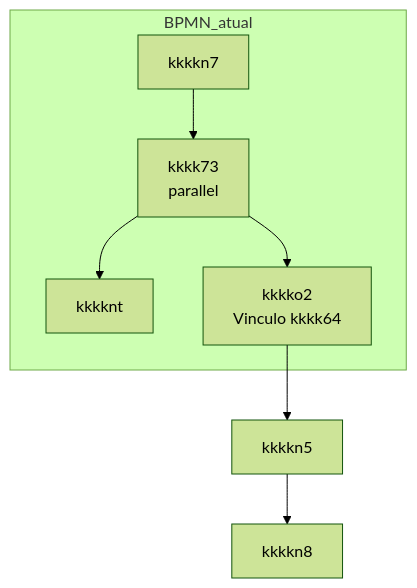
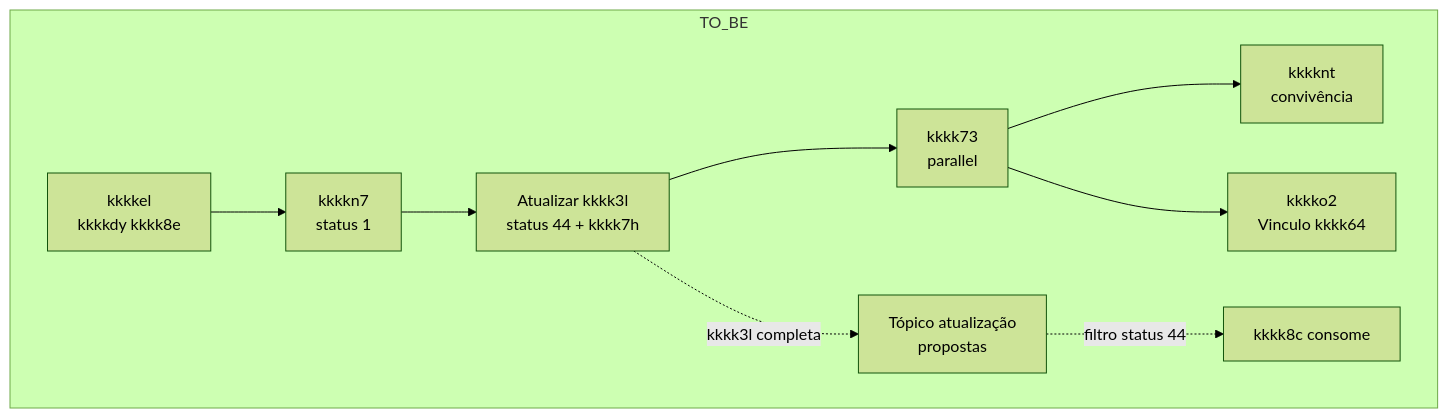
Before and after one commit to fabaodevudi/outros-codigos: the second of 3 diagrams in Java/m.md, drawn with Mermaid (forest theme). The commit also changed other lines of this file, not shown here.

````diff
--- a/Java/m.md
+++ b/Java/m.md
@@ -112,11 +109,13 @@
 ```mermaid
 flowchart TB
-  subgraph BPMN_atual
-    P[kkkkn7]
-    P --> GW[kkkk73<br/>parallel]
-    GW --> R1[kkkknt]
+  subgraph TO_BE
+    EFC[kkkkel<br/>kkkkdy kkkk8e]
+    EFC --> PEC[kkkkn7<br/>status 1]
+    PEC --> NOVA[Atualizar kkkk3l<br/>status 44 + kkkk7h]
+    NOVA --> GW[kkkk73<br/>parallel]
+    GW --> R1[kkkknt<br/>convivência]
     GW --> R2[kkkko2<br/>Vinculo kkkk64]
+    NOVA -.->|kkkk3l completa| KAFKA[Tópico atualização<br/>propostas]
+    KAFKA -.->|filtro status 44| SETUP[kkkk8c consome]
   end
-  R2 --> EFC[kkkkn5]
-  EFC --> PEP[kkkkn8]
 ```
````
